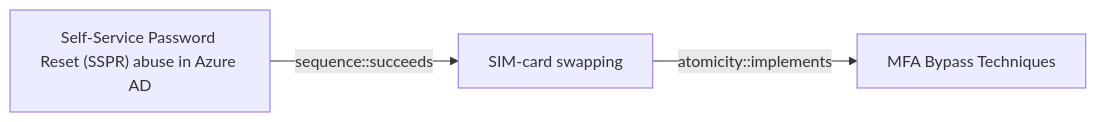
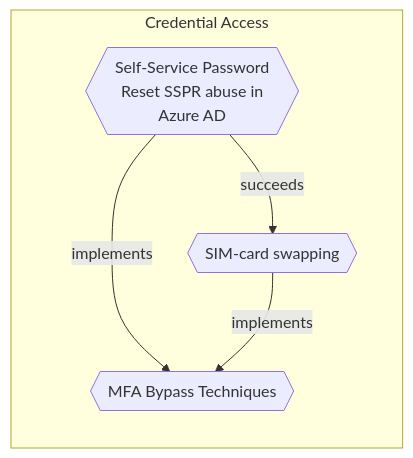
Before and after one commit to opentidehq/library: the diagram in docs/threats/self-service-password-reset-sspr-abuse-in-azure-ad.md, drawn with Mermaid. The commit also changed other lines of this file and 540 other files, not shown here.

````diff
--- a/docs/threats/self-service-password-reset-sspr-abuse-in-azure-ad.md
+++ b/docs/threats/self-service-password-reset-sspr-abuse-in-azure-ad.md
@@ -104,8 +126,11 @@
 ```mermaid
 flowchart LR
-a1a17bd4_ec7e_4302_aedf_96ee7c436065["Self-Service Password Reset (SSPR) abuse in Azure AD"]
-6a7a493a_511a_4c9d_aa9c_4427c832a322["SIM-card swapping"]
-4a807ac4_f764_41b1_ae6f_94239041d349["MFA Bypass Techniques"]
-a1a17bd4_ec7e_4302_aedf_96ee7c436065 -->|sequence::succeeds| 6a7a493a_511a_4c9d_aa9c_4427c832a322
-6a7a493a_511a_4c9d_aa9c_4427c832a322 -->|atomicity::implements| 4a807ac4_f764_41b1_ae6f_94239041d349
+subgraph "Credential Access"
+a1a17bd4_ec7e_4302_aedf_96ee7c436065{{"Self-Service Password<br>Reset SSPR abuse in<br>Azure AD"}}
+6a7a493a_511a_4c9d_aa9c_4427c832a322{{"SIM-card swapping"}}
+4a807ac4_f764_41b1_ae6f_94239041d349{{"MFA Bypass Techniques"}}
+end
+a1a17bd4_ec7e_4302_aedf_96ee7c436065 -->|succeeds| 6a7a493a_511a_4c9d_aa9c_4427c832a322
+a1a17bd4_ec7e_4302_aedf_96ee7c436065 -->|implements| 4a807ac4_f764_41b1_ae6f_94239041d349
+6a7a493a_511a_4c9d_aa9c_4427c832a322 -->|implements| 4a807ac4_f764_41b1_ae6f_94239041d349
 ```
````
